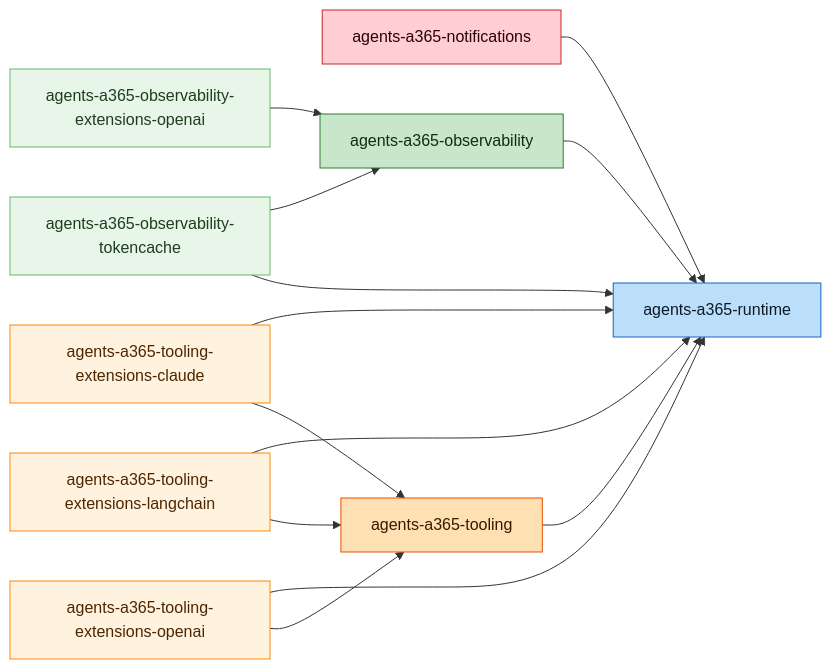
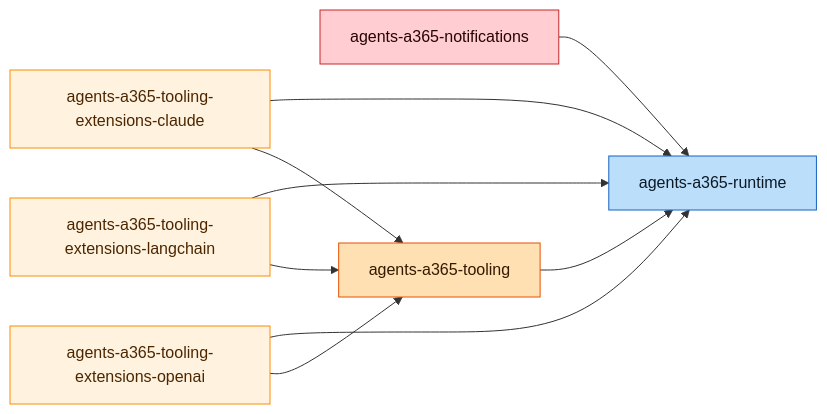
Before and after one commit to microsoft/Agent365-nodejs: the diagram in DEPENDENCIES.md, drawn with Mermaid. The commit also changed other lines of this file and 169 other files, not shown here.

````diff
--- a/DEPENDENCIES.md
+++ b/DEPENDENCIES.md
@@ -5,35 +5,25 @@
 ```mermaid
 graph LR
   agents_a365_notifications[agents-a365-notifications]
-  agents_a365_observability[agents-a365-observability]
-  agents_a365_observability_extensions_openai[agents-a365-observability-extensions-openai]
-  agents_a365_observability_tokencache[agents-a365-observability-tokencache]
   agents_a365_runtime[agents-a365-runtime]
   agents_a365_tooling[agents-a365-tooling]
   agents_a365_tooling_extensions_claude[agents-a365-tooling-extensions-claude]
   agents_a365_tooling_extensions_langchain[agents-a365-tooling-extensions-langchain]
   agents_a365_tooling_extensions_openai[agents-a365-tooling-extensions-openai]
 
   agents_a365_notifications --> agents_a365_runtime
-  agents_a365_observability --> agents_a365_runtime
-  agents_a365_observability_extensions_openai --> agents_a365_observability
-  agents_a365_observability_tokencache --> agents_a365_observability
-  agents_a365_observability_tokencache --> agents_a365_runtime
   agents_a365_tooling --> agents_a365_runtime
   agents_a365_tooling_extensions_claude --> agents_a365_runtime
   agents_a365_tooling_extensions_claude --> agents_a365_tooling
   agents_a365_tooling_extensions_langchain --> agents_a365_runtime
   agents_a365_tooling_extensions_langchain --> agents_a365_tooling
   agents_a365_tooling_extensions_openai --> agents_a365_runtime
   agents_a365_tooling_extensions_openai --> agents_a365_tooling
 
   style agents_a365_notifications fill:#ffcdd2,stroke:#c62828,color:#280505
-  style agents_a365_observability fill:#c8e6c9,stroke:#2e7d32,color:#142a14
-  style agents_a365_observability_extensions_openai fill:#e8f5e9,stroke:#66bb6a,color:#1f3d1f
-  style agents_a365_observability_tokencache fill:#e8f5e9,stroke:#66bb6a,color:#1f3d1f
   style agents_a365_runtime fill:#bbdefb,stroke:#1565c0,color:#0d1a26
   style agents_a365_tooling fill:#ffe0b2,stroke:#e65100,color:#331a00
   style agents_a365_tooling_extensions_claude fill:#fff3e0,stroke:#fb8c00,color:#4d2600
   style agents_a365_tooling_extensions_langchain fill:#fff3e0,stroke:#fb8c00,color:#4d2600
   style agents_a365_tooling_extensions_openai fill:#fff3e0,stroke:#fb8c00,color:#4d2600
 ```
````
